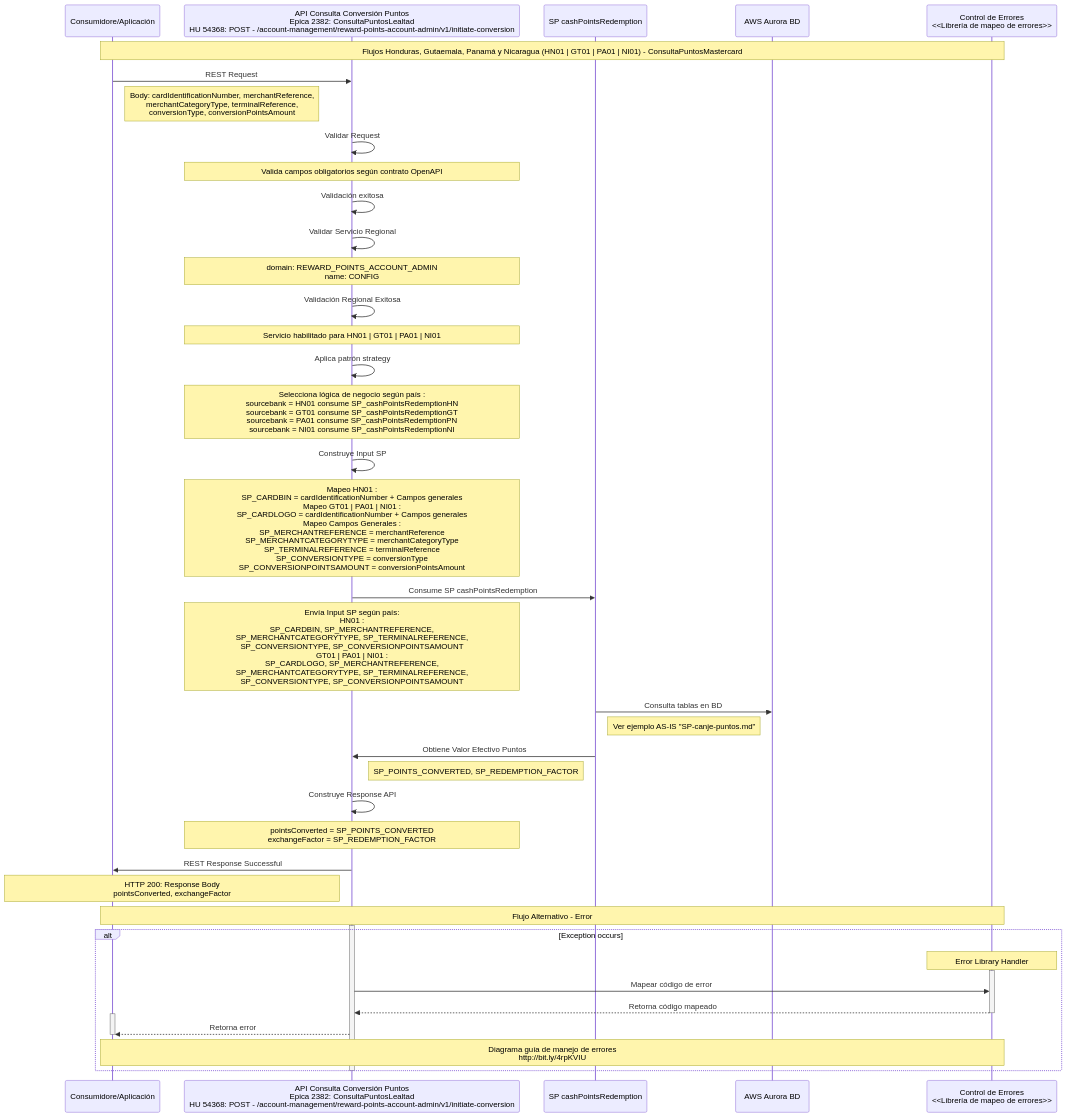
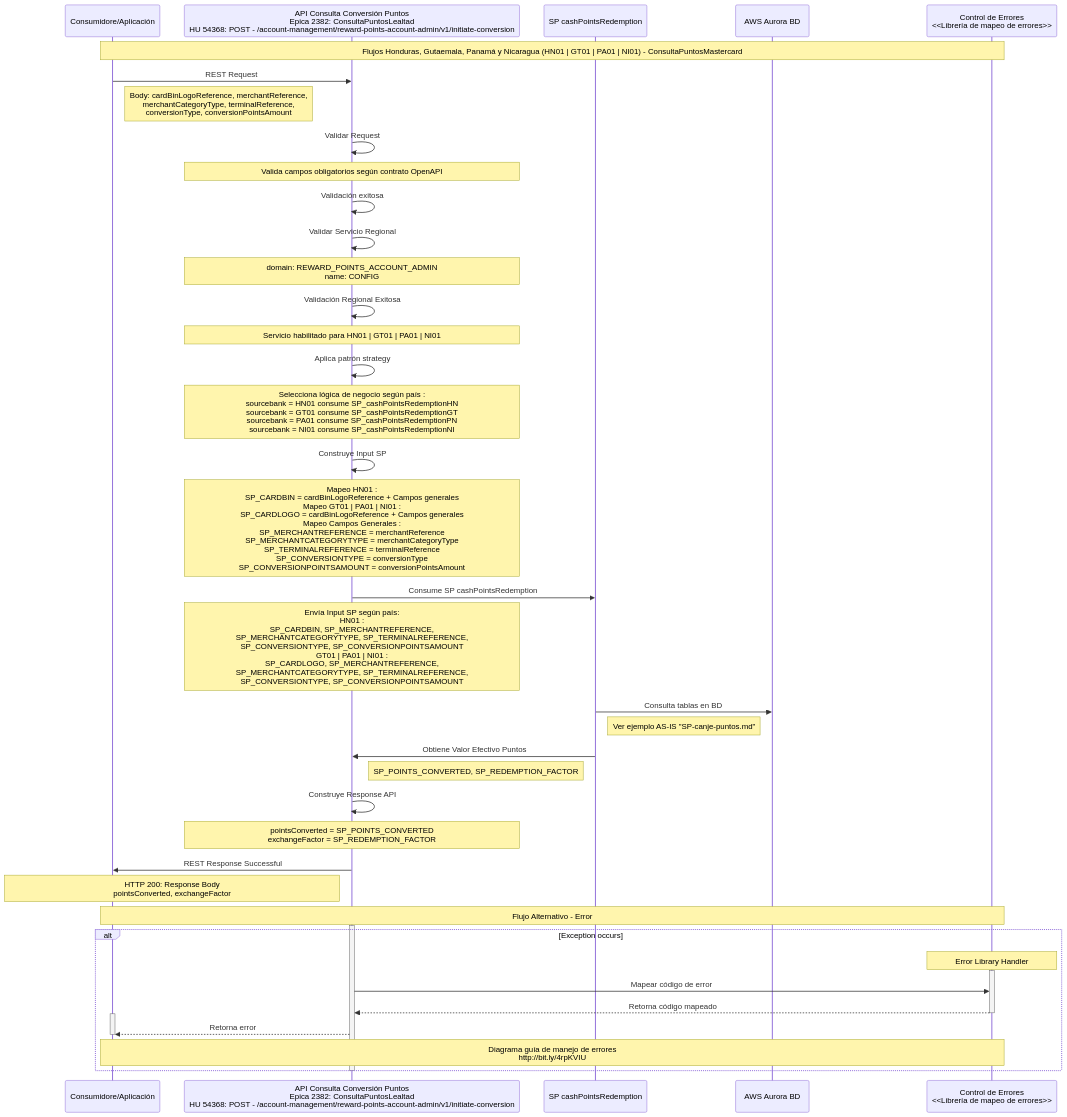
One commit to jmolano10/ficohsa-capa-media changed the diagram in ZMigrationFeature/ConsultaPuntosLealtad/TO-BE-54368-04-Secuencia-XRS-P2.mmd. Above: the diagram before and after it, drawn with Mermaid. The commit also changed 1 other file, not shown here.

Commit message:
docs(migration): update API field names in loyalty points sequence diagrams
- Change cardIdentificationNumber to cardBinLogoReference in ConsultaPuntosLealtad diagram for accurate mapping in HN01, GT01, PA01, NI01 flows
- Fix quantity field from request.quatity to request.loyaltyPointsAmount in RedencionPuntosLealtad diagram to correct typo and align with API contract

```diff
--- a/ZMigrationFeature/ConsultaPuntosLealtad/TO-BE-54368-04-Secuencia-XRS-P2.mmd
+++ b/ZMigrationFeature/ConsultaPuntosLealtad/TO-BE-54368-04-Secuencia-XRS-P2.mmd
@@ -1,59 +1,59 @@
 
 sequenceDiagram
     participant Consumidor as Consumidore/Aplicación
     participant API as API Consulta Conversión Puntos <br> Epica 2382: ConsultaPuntosLealtad <br> HU 54368:  POST - /account-management/reward-points-account-admin/v1/initiate-conversion
     participant SP as SP cashPointsRedemption
     participant BD as AWS Aurora BD 
     participant Errors as Control de Errores <br> <<Librería de mapeo de errores>>
     
     Note over Consumidor, Errors: Flujos Honduras, Gutaemala, Panamá y Nicaragua (HN01 | GT01 | PA01 | NI01) - ConsultaPuntosMastercard
 
     Consumidor->>API: REST Request
-    Note right of Consumidor: Body: cardIdentificationNumber, merchantReference, <br> merchantCategoryType, terminalReference, <br> conversionType, conversionPointsAmount
+    Note right of Consumidor: Body: cardBinLogoReference, merchantReference, <br> merchantCategoryType, terminalReference, <br> conversionType, conversionPointsAmount
 
     API->>API: Validar Request
     Note over API: Valida campos obligatorios según contrato OpenAPI 
 
     API->>API: Validación exitosa
 
     API->>API: Validar Servicio Regional
     Note over API: domain: REWARD_POINTS_ACCOUNT_ADMIN <br> name: CONFIG
 
     API->>API: Validación Regional Exitosa
     Note over API: Servicio habilitado para HN01 | GT01 | PA01 | NI01
 
     API->>API: Aplica patrón strategy
     Note over API: Selecciona lógica de negocio según país : <br> sourcebank = HN01 consume SP_cashPointsRedemptionHN <br> sourcebank = GT01 consume SP_cashPointsRedemptionGT <br> sourcebank = PA01 consume SP_cashPointsRedemptionPN <br> sourcebank = NI01 consume SP_cashPointsRedemptionNI
 
     API->>API: Construye Input SP
-    Note over API: Mapeo HN01 : <br> SP_CARDBIN = cardIdentificationNumber + Campos generales <br> Mapeo GT01 | PA01 | NI01 : <br> SP_CARDLOGO = cardIdentificationNumber + Campos generales  <br> Mapeo Campos Generales : <br> SP_MERCHANTREFERENCE = merchantReference <br> SP_MERCHANTCATEGORYTYPE = merchantCategoryType <br> SP_TERMINALREFERENCE = terminalReference <br> SP_CONVERSIONTYPE = conversionType <br> SP_CONVERSIONPOINTSAMOUNT = conversionPointsAmount
+    Note over API: Mapeo HN01 : <br> SP_CARDBIN = cardBinLogoReference + Campos generales <br> Mapeo GT01 | PA01 | NI01 : <br> SP_CARDLOGO = cardBinLogoReference + Campos generales  <br> Mapeo Campos Generales : <br> SP_MERCHANTREFERENCE = merchantReference <br> SP_MERCHANTCATEGORYTYPE = merchantCategoryType <br> SP_TERMINALREFERENCE = terminalReference <br> SP_CONVERSIONTYPE = conversionType <br> SP_CONVERSIONPOINTSAMOUNT = conversionPointsAmount
 
     API->>SP: Consume SP cashPointsRedemption
     Note over API: Envía Input SP según país: <br> HN01 : <br> SP_CARDBIN, SP_MERCHANTREFERENCE, <br> SP_MERCHANTCATEGORYTYPE, SP_TERMINALREFERENCE, <br> SP_CONVERSIONTYPE, SP_CONVERSIONPOINTSAMOUNT <br> GT01 | PA01 | NI01 : <br> SP_CARDLOGO, SP_MERCHANTREFERENCE, <br> SP_MERCHANTCATEGORYTYPE, SP_TERMINALREFERENCE, <br> SP_CONVERSIONTYPE, SP_CONVERSIONPOINTSAMOUNT
 
     SP->>BD: Consulta tablas en BD
     Note right of SP: Ver ejemplo AS-IS "SP-canje-puntos.md"
     
     SP->>API: Obtiene Valor Efectivo Puntos
     Note left of SP: SP_POINTS_CONVERTED, SP_REDEMPTION_FACTOR
 
     API->>API: Construye Response API
     Note over API: pointsConverted = SP_POINTS_CONVERTED <br> exchangeFactor = SP_REDEMPTION_FACTOR
 
     API->>Consumidor: REST Response Successful
     Note left of API: HTTP 200: Response Body <br> pointsConverted, exchangeFactor
 
     Note over Consumidor, Errors: Flujo Alternativo - Error
     activate API
     alt Exception occurs
         note over Errors: Error Library Handler
         activate Errors
             API->> Errors: Mapear código de error
             Errors -->> API: Retorna código mapeado
         deactivate Errors
         activate Consumidor
             API-->> Consumidor: Retorna error
         deactivate Consumidor
         Note over Consumidor,Errors: Diagrama guía de manejo de errores <br> http://bit.ly/4rpKVIU
     end
     deactivate API
```
